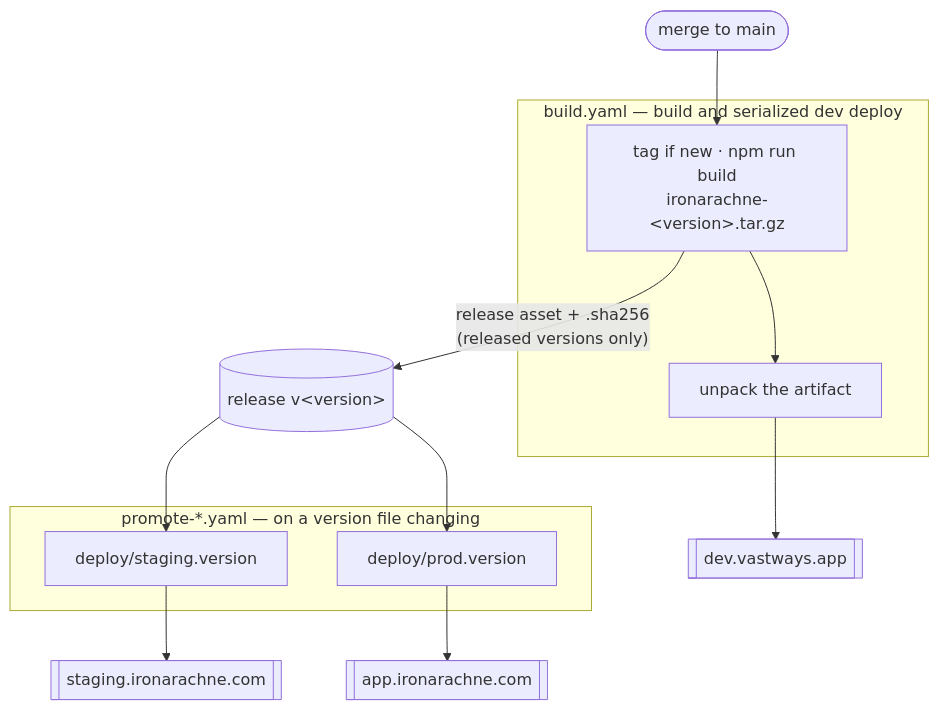
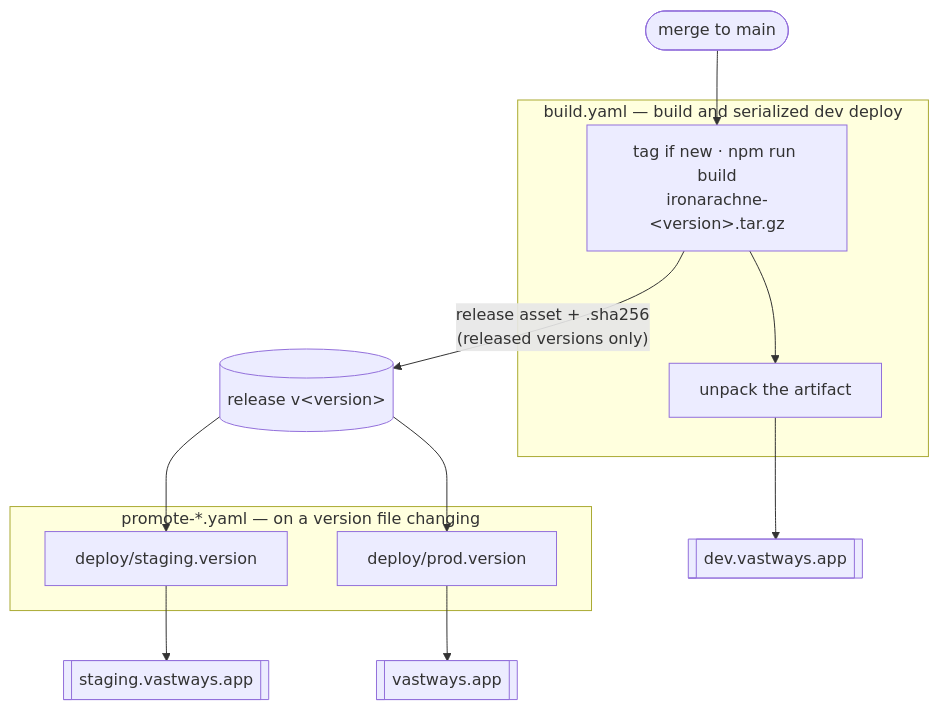
One commit to ironarachne/ironarachne changed the diagram in docs/deployment.md. Above: the diagram before and after it, drawn with Mermaid. The commit also changed other lines of this file and 19 other files, not shown here.

Commit message:
Prepare Vastways staging and production cutover

````diff
--- a/docs/deployment.md
+++ b/docs/deployment.md
@@ -23,23 +23,23 @@
 ```mermaid
 graph TD
     merge([merge to main]) --> build
 
     subgraph buildwf["build.yaml — build and serialized dev deploy"]
         build["tag if new · npm run build<br/>ironarachne-&lt;version&gt;.tar.gz"]
         unpack["unpack the artifact"]
         build --> unpack
     end
 
     build -->|"release asset + .sha256<br/>(released versions only)"| release[("release v&lt;version&gt;")]
     unpack --> dev[["dev.vastways.app"]]
 
     subgraph promotewf["promote-*.yaml — on a version file changing"]
         stagingfile["deploy/staging.version"]
         prodfile["deploy/prod.version"]
     end
 
     release --> stagingfile
     release --> prodfile
-    stagingfile --> staging[["staging.ironarachne.com"]]
-    prodfile --> prod[["app.ironarachne.com"]]
+    stagingfile --> staging[["staging.vastways.app"]]
+    prodfile --> prod[["vastways.app"]]
 ```
````
